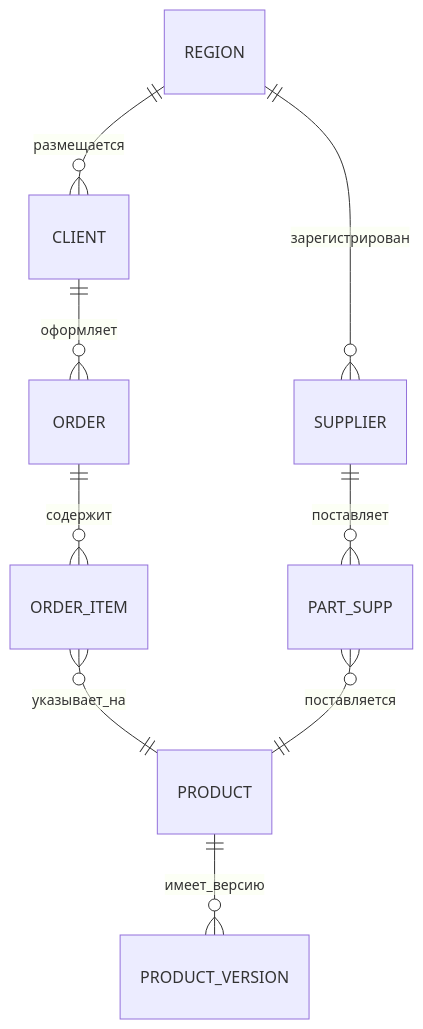
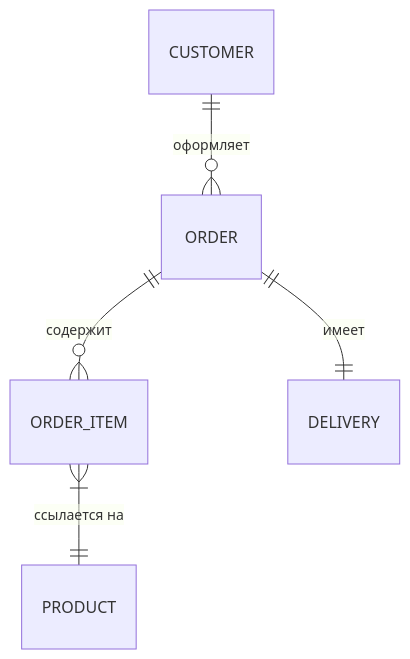
The diagram in README.md (chibrus/bd_project), drawn with Mermaid before and after one commit.

````diff
--- a/README.md
+++ b/README.md
@@ -4,14 +4,7 @@
 ```mermaid
 erDiagram
-    REGION ||--o{ CLIENT : размещается
-    REGION ||--o{ SUPPLIER : зарегистрирован
-
-    CLIENT ||--o{ ORDER : оформляет
-    ORDER ||--o{ ORDER_ITEM : содержит
-    ORDER_ITEM }o--|| PRODUCT : указывает_на
-
-    SUPPLIER ||--o{ PART_SUPP : поставляет
-    PART_SUPP }o--|| PRODUCT : поставляется
-
-    PRODUCT ||--o{ PRODUCT_VERSION : имеет_версию
+    CUSTOMER ||--o{ ORDER : "оформляет"
+    ORDER ||--o{ ORDER_ITEM : "содержит"
+    ORDER_ITEM }|--|| PRODUCT : "ссылается на"
+    ORDER ||--|| DELIVERY : "имеет"
 ```
````
